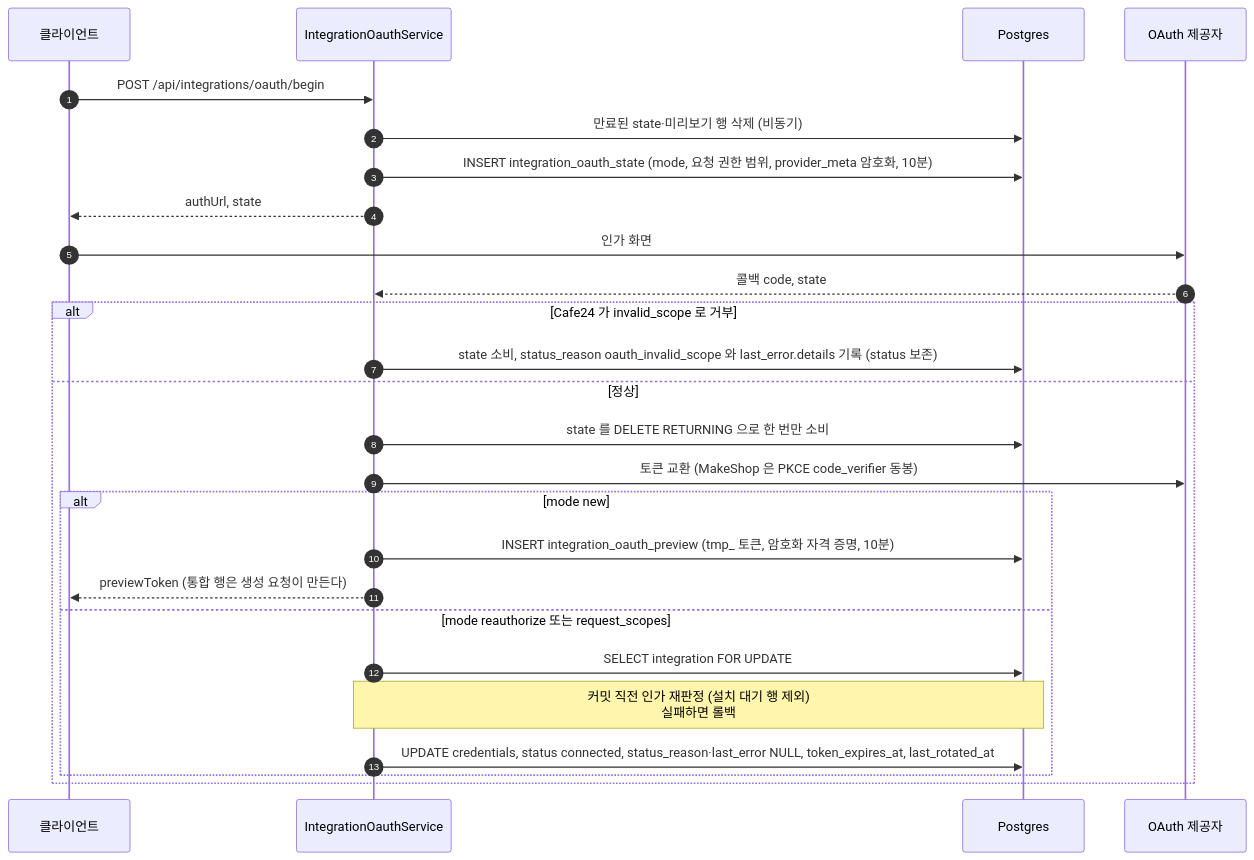
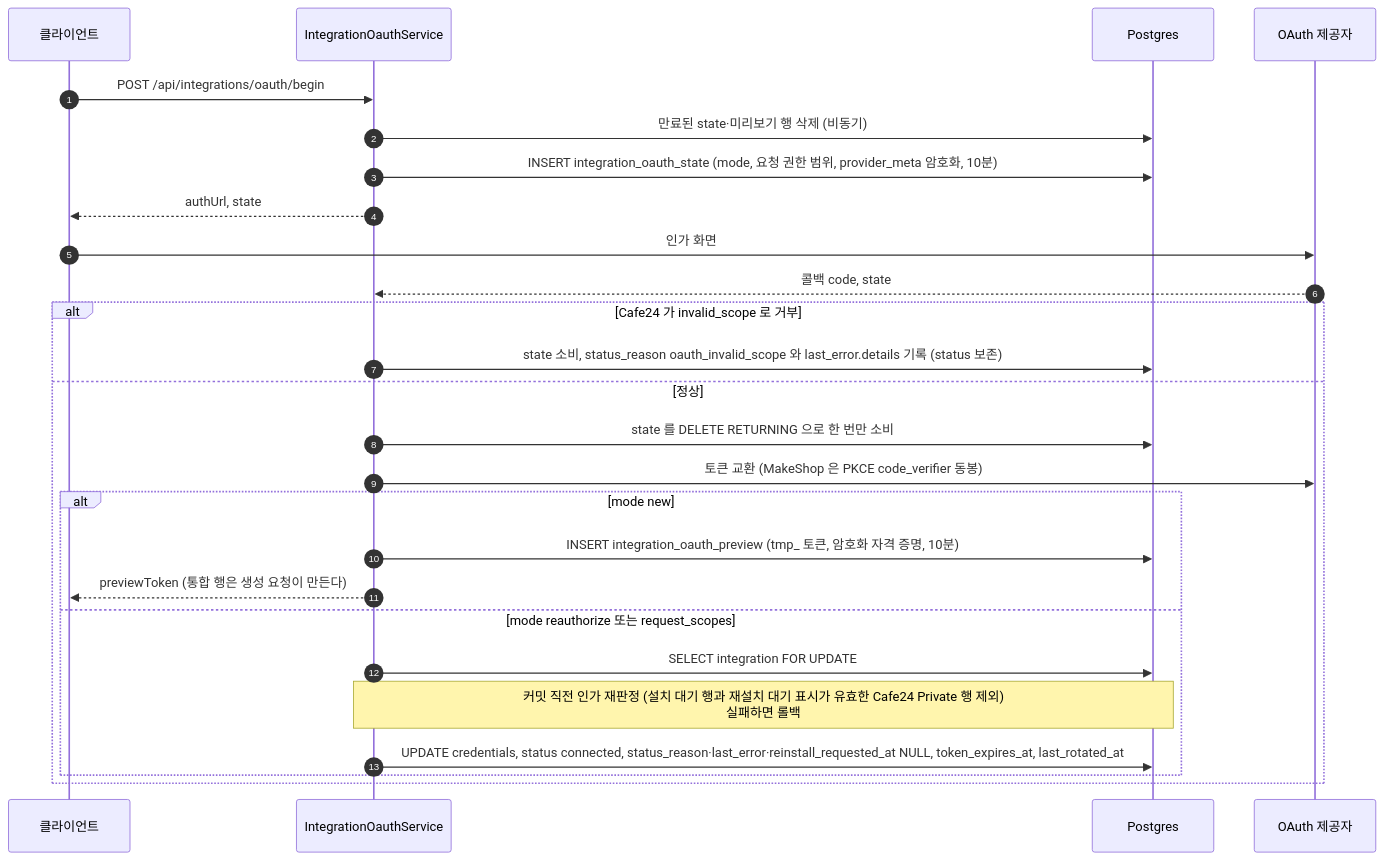
The third of 6 diagrams in spec/CLE-INT/CLE-INT-DATA.md (worker-ants/clemvion), drawn with Mermaid before and after one commit. The commit also changed other lines of this file and 6 other files, not shown here.

````diff
--- a/spec/CLE-INT/CLE-INT-DATA.md
+++ b/spec/CLE-INT/CLE-INT-DATA.md
@@ -309,28 +310,28 @@
 ```mermaid
 sequenceDiagram
   autonumber
   participant C as 클라이언트
   participant Svc as IntegrationOauthService
   participant PG as Postgres
   participant Prov as OAuth 제공자
   C->>Svc: POST /api/integrations/oauth/begin
   Svc->>PG: 만료된 state·미리보기 행 삭제 (비동기)
   Svc->>PG: INSERT integration_oauth_state (mode, 요청 권한 범위, provider_meta 암호화, 10분)
   Svc-->>C: authUrl, state
   C->>Prov: 인가 화면
   Prov-->>Svc: 콜백 code, state
   alt Cafe24 가 invalid_scope 로 거부
     Svc->>PG: state 소비, status_reason oauth_invalid_scope 와 last_error.details 기록 (status 보존)
   else 정상
     Svc->>PG: state 를 DELETE RETURNING 으로 한 번만 소비
     Svc->>Prov: 토큰 교환 (MakeShop 은 PKCE code_verifier 동봉)
     alt mode new
       Svc->>PG: INSERT integration_oauth_preview (tmp_ 토큰, 암호화 자격 증명, 10분)
       Svc-->>C: previewToken (통합 행은 생성 요청이 만든다)
     else mode reauthorize 또는 request_scopes
       Svc->>PG: SELECT integration FOR UPDATE
-      Note over Svc,PG: 커밋 직전 인가 재판정 (설치 대기 행 제외)<br/>실패하면 롤백
-      Svc->>PG: UPDATE credentials, status connected, status_reason·last_error NULL, token_expires_at, last_rotated_at
+      Note over Svc,PG: 커밋 직전 인가 재판정 (설치 대기 행과 재설치 대기 표시가 유효한 Cafe24 Private 행 제외)<br/>실패하면 롤백
+      Svc->>PG: UPDATE credentials, status connected, status_reason·last_error·reinstall_requested_at NULL, token_expires_at, last_rotated_at
     end
   end
 ```
````
